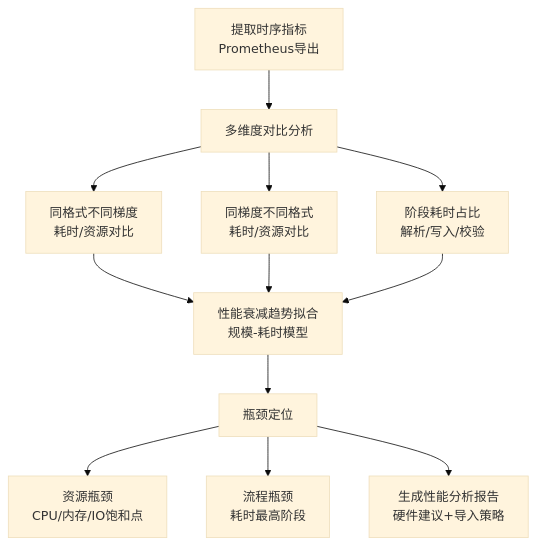
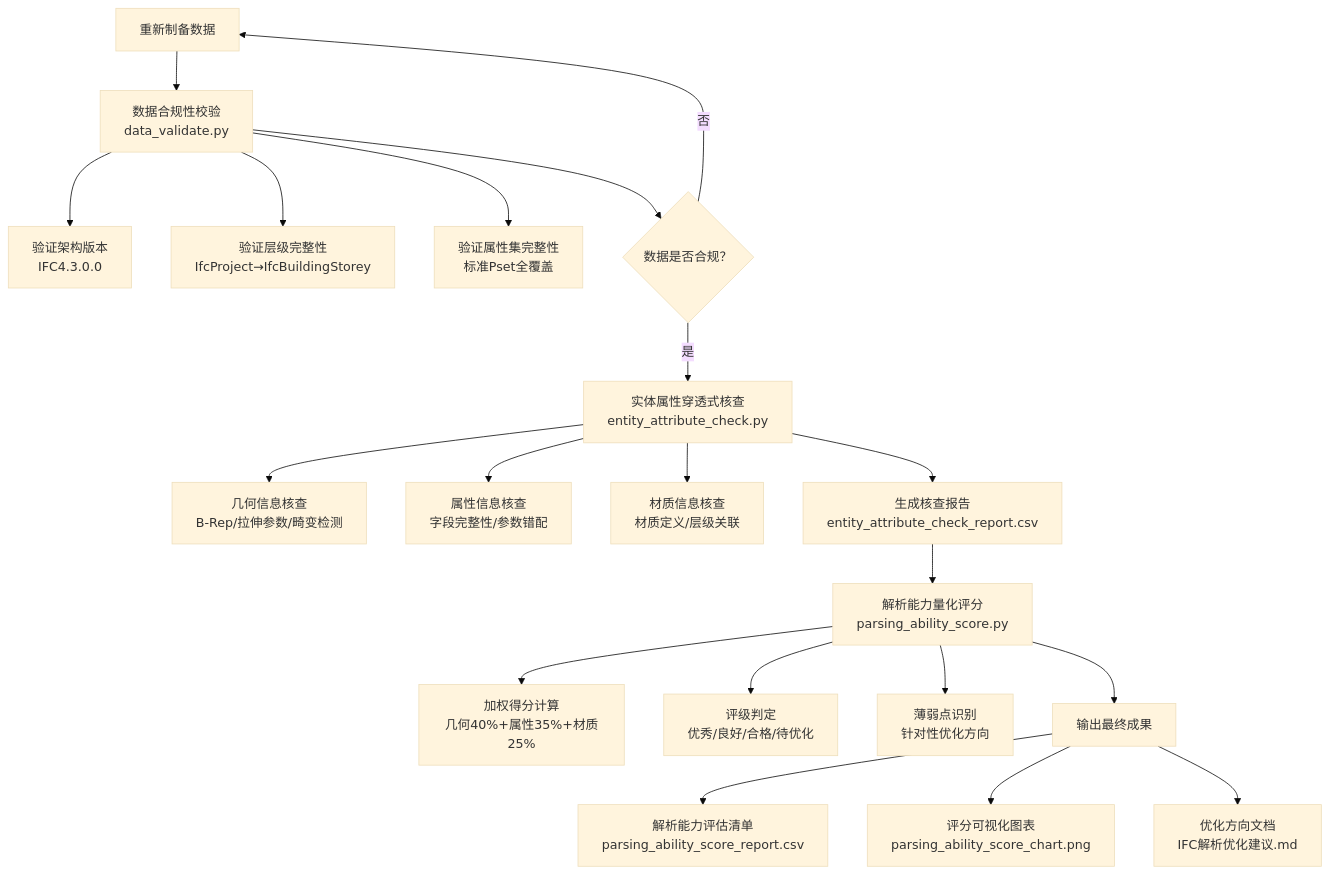
The diagram in all/未命名-2.md (aston-harden/iodraw-files), drawn with Mermaid (base theme) before and after one commit.

Commit message:
2026-01-08 14:39:42 update

````diff
--- a/all/未命名-2.md
+++ b/all/未命名-2.md
@@ -1,17 +1,25 @@
 ```mermaid
 graph TD
-    A[提取时序指标<br>Prometheus导出] --> B[多维度对比分析]
-    B --> B1[同格式不同梯度<br>耗时/资源对比]
-    B --> B2[同梯度不同格式<br>耗时/资源对比]
-    B --> B3[阶段耗时占比<br>解析/写入/校验]
+    A[IFC测试数据制备<br>8类标准文件，符合ISO 16739:2018] --> B[数据合规性校验<br>data_validate.py]
+    B --> B1[验证架构版本<br>IFC4.3.0.0]
+    B --> B2[验证层级完整性<br>IfcProject→IfcBuildingStorey]
+    B --> B3[验证属性集完整性<br>标准Pset全覆盖]
+    B --> C{数据是否合规？}
+    C -- 否 --> A[重新制备数据]
+    C -- 是 --> D[实体属性穿透式核查<br>entity_attribute_check.py]
     
-    B1 --> C[性能衰减趋势拟合<br>规模-耗时模型]
-    B2 --> C
-    B3 --> C
+    D --> D1[几何信息核查<br>B-Rep/拉伸参数/畸变检测]
+    D --> D2[属性信息核查<br>字段完整性/参数错配]
+    D --> D3[材质信息核查<br>材质定义/层级关联]
+    D --> E[生成核查报告<br>entity_attribute_check_report.csv]
     
-    C --> D[瓶颈定位]
-    D --> D1[资源瓶颈<br>CPU/内存/IO饱和点]
-    D --> D2[流程瓶颈<br>耗时最高阶段]
+    E --> F[解析能力量化评分<br>parsing_ability_score.py]
+    F --> F1[加权得分计算<br>几何40%+属性35%+材质25%]
+    F --> F2[评级判定<br>优秀/良好/合格/待优化]
+    F --> F3[薄弱点识别<br>针对性优化方向]
     
-    D --> E[生成性能分析报告<br>硬件建议+导入策略]
+    F --> G[输出最终成果]
+    G --> G1[解析能力评估清单<br>parsing_ability_score_report.csv]
+    G --> G2[评分可视化图表<br>parsing_ability_score_chart.png]
+    G --> G3[优化方向文档<br>IFC解析优化建议.md]
 ```
````
